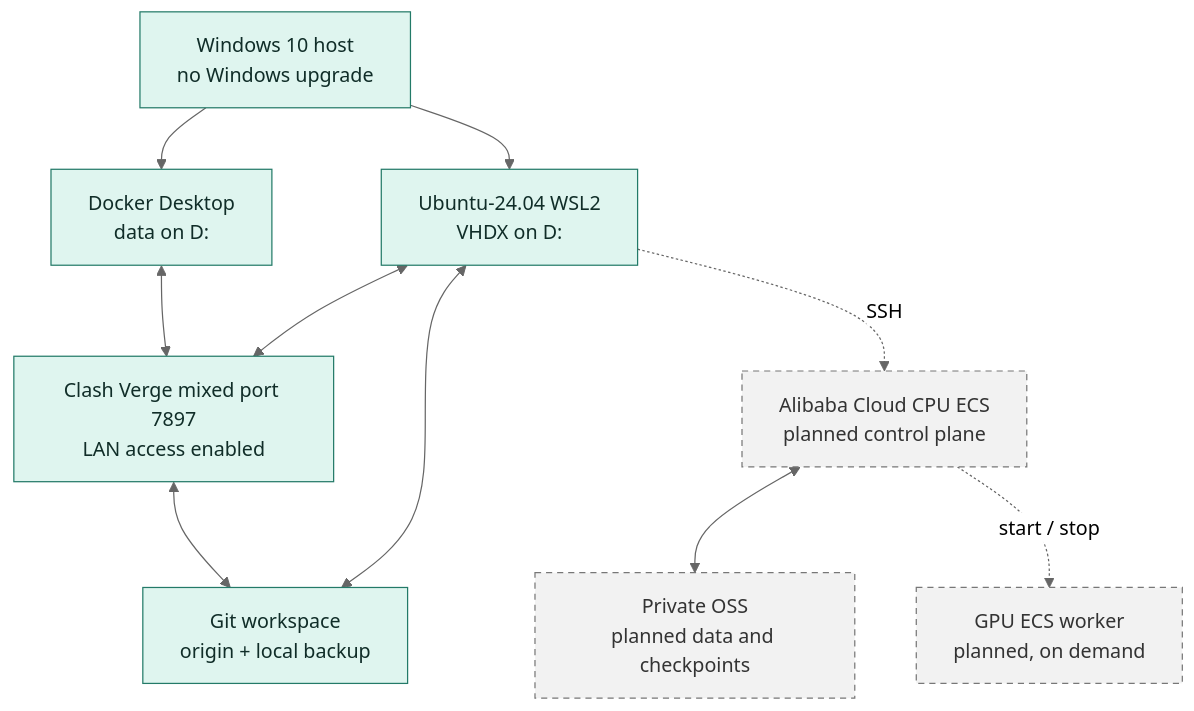
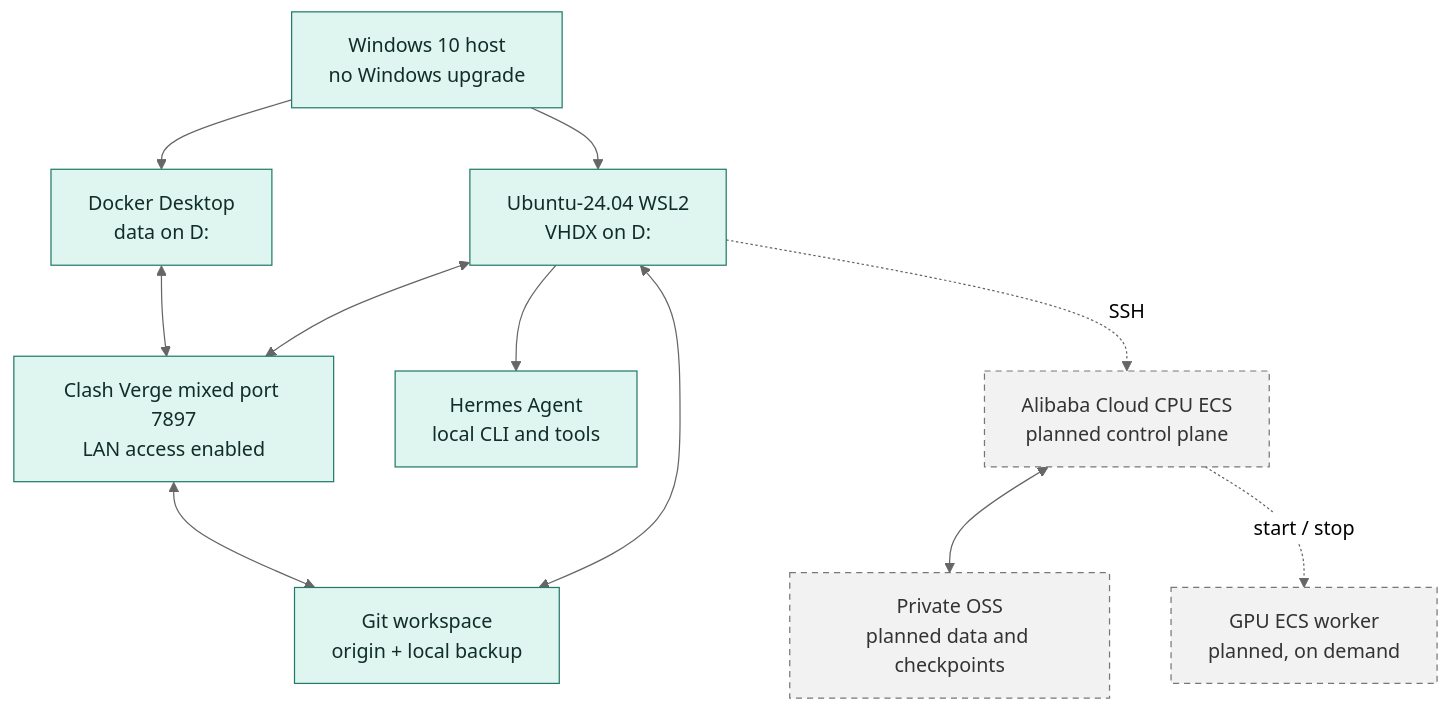
One commit to PrzmArk77469/E.coli-Multi-Omics-World-Model-Test-Demo changed the fourth of 4 diagrams in docs/SYSTEM_ARCHITECTURE.md. Above: the diagram before and after it, drawn with Mermaid (neutral theme). The commit also changed other lines of this file and 11 other files, not shown here.

Commit message:
Deploy official Hermes Agent in WSL

````diff
--- a/docs/SYSTEM_ARCHITECTURE.md
+++ b/docs/SYSTEM_ARCHITECTURE.md
@@ -134,26 +136,28 @@
 ```mermaid
 flowchart TB
     Windows["Windows 10 host<br/>no Windows upgrade"]
     WSL["Ubuntu-24.04 WSL2<br/>VHDX on D:"]
     Docker["Docker Desktop<br/>data on D:"]
     Proxy["Clash Verge mixed port 7897<br/>LAN access enabled"]
     Repo["Git workspace<br/>origin + local backup"]
+    Hermes["Hermes Agent<br/>local CLI and tools"]
     CPU["Alibaba Cloud CPU ECS<br/>planned control plane"]
     OSS["Private OSS<br/>planned data and checkpoints"]
     GPU["GPU ECS worker<br/>planned, on demand"]
 
     Windows --> WSL
     Windows --> Docker
+    WSL --> Hermes
     WSL <--> Proxy
     Docker <--> Proxy
     WSL <--> Repo
     Proxy <--> Repo
     WSL -. SSH .-> CPU
     CPU <--> OSS
     CPU -. start / stop .-> GPU
 
     classDef local fill:#dff5ef,stroke:#237a68,color:#102d28;
     classDef planned fill:#f2f2f2,stroke:#777,color:#333,stroke-dasharray:5 4;
-    class Windows,WSL,Docker,Proxy,Repo local;
+    class Windows,WSL,Docker,Proxy,Repo,Hermes local;
     class CPU,OSS,GPU planned;
 ```
````
